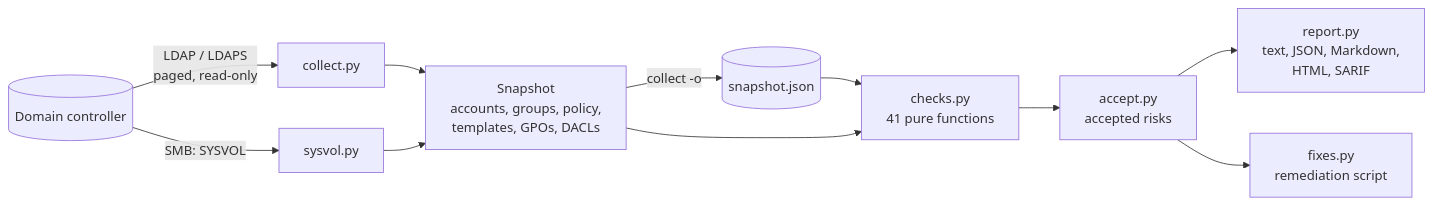
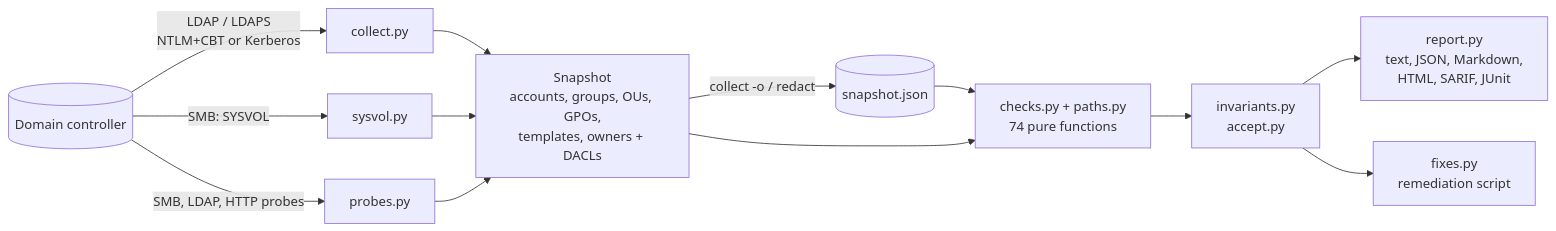
Before and after one commit to brkozer/ad-doctor: the diagram in README.md, drawn with Mermaid. The commit also changed other lines of this file and 28 other files, not shown here.

Commit message:
feat: 33 more checks, control-path engine, blast radius, invariants, redaction, JUnit, channel binding and Kerberos

````diff
--- a/README.md
+++ b/README.md
@@ -163,13 +230,15 @@
 ```mermaid
 flowchart LR
-    DC[(Domain controller)] -- "LDAP / LDAPS<br/>paged, read-only" --> C[collect.py]
+    DC[(Domain controller)] -- "LDAP / LDAPS<br/>NTLM+CBT or Kerberos" --> C[collect.py]
     DC -- "SMB: SYSVOL" --> V[sysvol.py]
-    C --> S[Snapshot<br/>accounts, groups, policy,<br/>templates, GPOs, DACLs]
+    DC -- "SMB, LDAP, HTTP probes" --> P[probes.py]
+    C --> S[Snapshot<br/>accounts, groups, OUs, GPOs,<br/>templates, owners + DACLs]
     V --> S
-    S -- "collect -o" --> F[(snapshot.json)]
+    P --> S
+    S -- "collect -o / redact" --> F[(snapshot.json)]
     F --> A
-    S --> A[checks.py<br/>41 pure functions]
-    A --> X[accept.py<br/>accepted risks]
-    X --> R[report.py<br/>text, JSON, Markdown,<br/>HTML, SARIF]
-    X --> P[fixes.py<br/>remediation script]
+    S --> A[checks.py + paths.py<br/>74 pure functions]
+    A --> I[invariants.py<br/>accept.py]
+    I --> R[report.py<br/>text, JSON, Markdown,<br/>HTML, SARIF, JUnit]
+    I --> X[fixes.py<br/>remediation script]
 ```
````
